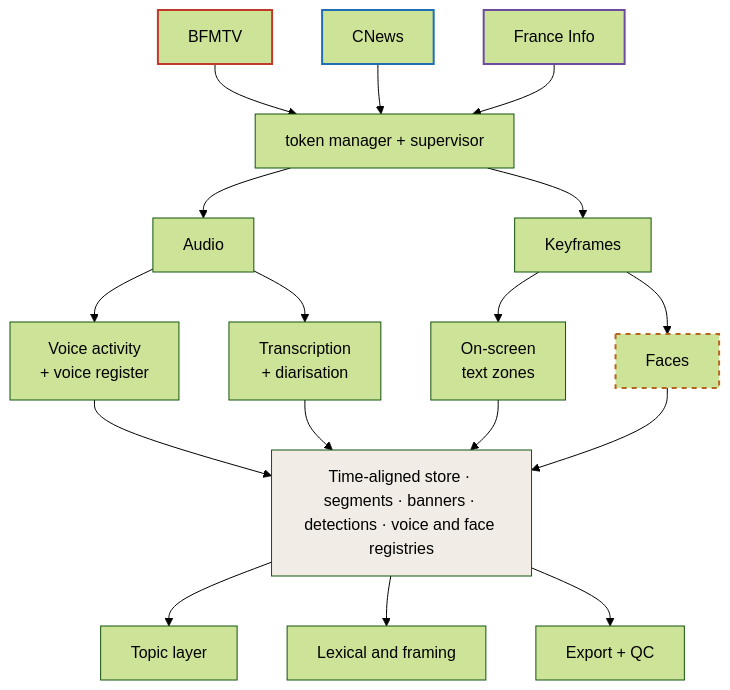
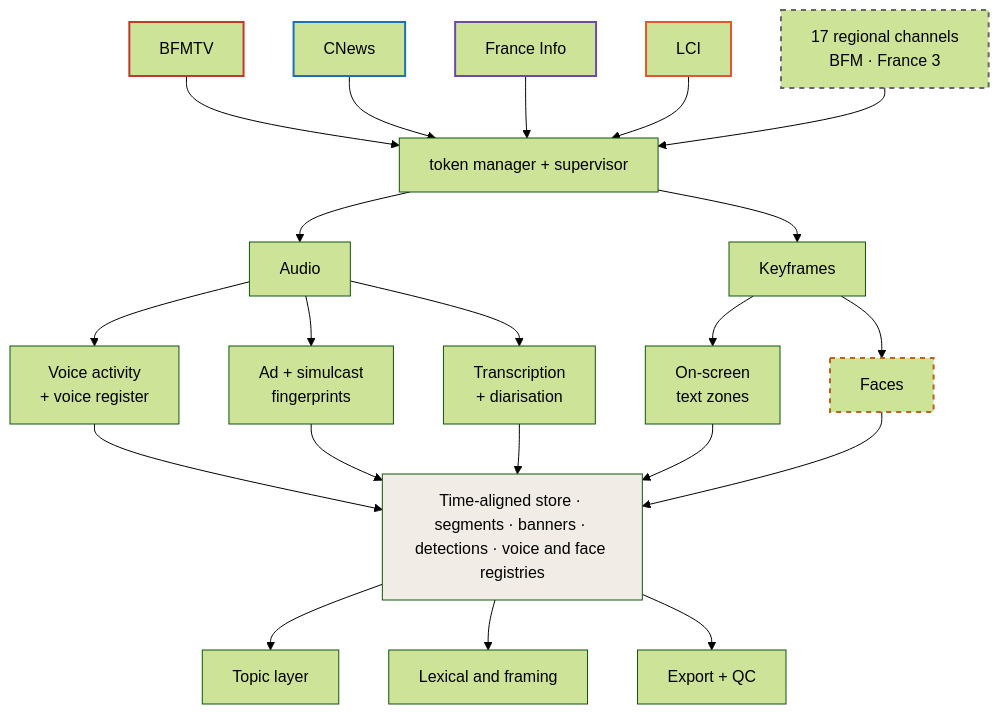
One commit to Yanndb974/laudisi_observatory changed the diagram in README.md. Above: the diagram before and after it, drawn with Mermaid (forest theme). The commit also changed other lines of this file and 1 other file, not shown here.

````diff
--- a/README.md
+++ b/README.md
@@ -14,33 +16,39 @@
 ```mermaid
 flowchart TD
     B[BFMTV] --> T[token manager + supervisor]
     C[CNews] --> T
     F[France Info] --> T
+    LC[LCI] --> T
+    RG["17 regional channels<br/>BFM · France 3"] --> T
 
     T --> A[Audio]
     T --> K[Keyframes]
 
     A --> V["Voice activity<br/>+ voice register"]
+    A --> FP["Ad + simulcast<br/>fingerprints"]
     A --> R["Transcription<br/>+ diarisation"]
     K --> O["On-screen<br/>text zones"]
     K --> X[Faces]
 
     V --> DB
+    FP --> DB
     R --> DB
     O --> DB
     X --> DB
 
     DB["Time-aligned store · segments · banners · detections · voice and face registries"]
 
     DB --> L[Topic layer]
     DB --> M[Lexical and framing]
     DB --> E[Export + QC]
 
     classDef chan stroke-width:2px
-    class B,C,F chan
+    class B,C,F,LC,RG chan
     style B stroke:#c0392b
     style C stroke:#1f6fb2
     style F stroke:#6d4c9f
+    style LC stroke:#e8542e
+    style RG stroke:#666,stroke-width:2px,stroke-dasharray:5 5
     style X stroke:#b5651d,stroke-width:2px,stroke-dasharray:5 5
     style DB fill:#f1ede6
 ```
````
